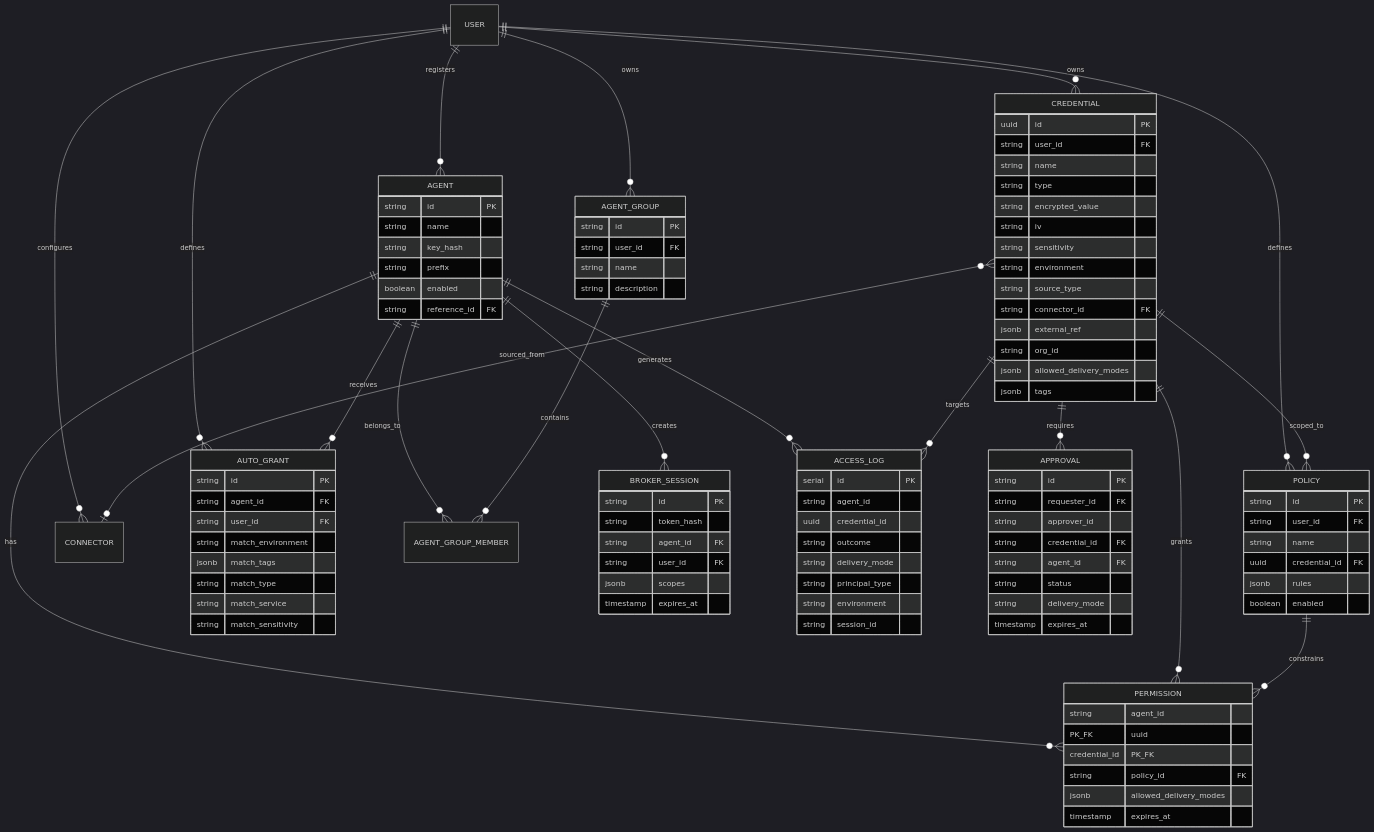
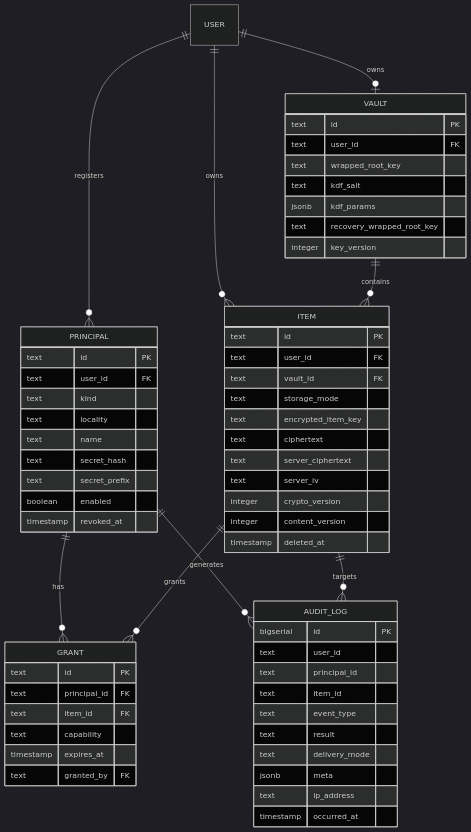
Before and after one commit to punitarani/abadge: the third of 9 diagrams in docs/ARCHITECTURE.md, drawn with Mermaid (dark theme). The commit also changed other lines of this file and 35 other files, not shown here.

````diff
--- a/docs/ARCHITECTURE.md
+++ b/docs/ARCHITECTURE.md
@@ -139,113 +186,69 @@
 ```mermaid
 erDiagram
-  USER ||--o{ CREDENTIAL : owns
-  USER ||--o{ AGENT : registers
-  USER ||--o{ POLICY : defines
-  USER ||--o{ CONNECTOR : configures
-  USER ||--o{ AUTO_GRANT : defines
-  USER ||--o{ AGENT_GROUP : owns
-  AGENT ||--o{ PERMISSION : has
-  AGENT ||--o{ AUTO_GRANT : receives
-  AGENT ||--o{ AGENT_GROUP_MEMBER : belongs_to
-  AGENT_GROUP ||--o{ AGENT_GROUP_MEMBER : contains
-  CREDENTIAL ||--o{ PERMISSION : grants
-  CREDENTIAL }o--o| CONNECTOR : sourced_from
-  POLICY ||--o{ PERMISSION : constrains
-  CREDENTIAL ||--o{ POLICY : scoped_to
-  AGENT ||--o{ BROKER_SESSION : creates
-  AGENT ||--o{ ACCESS_LOG : generates
-  CREDENTIAL ||--o{ ACCESS_LOG : targets
-  CREDENTIAL ||--o{ APPROVAL : requires
+  USER ||--o| VAULT : owns
+  USER ||--o{ ITEM : owns
+  USER ||--o{ PRINCIPAL : registers
+  VAULT ||--o{ ITEM : contains
+  PRINCIPAL ||--o{ GRANT : has
+  ITEM ||--o{ GRANT : grants
+  PRINCIPAL ||--o{ AUDIT_LOG : generates
+  ITEM ||--o{ AUDIT_LOG : targets
 
-  CREDENTIAL {
-    uuid id PK
-    string user_id FK
-    string name
-    string type
-    string encrypted_value
-    string iv
-    string sensitivity
-    string environment
-    string source_type
-    string connector_id FK
-    jsonb external_ref
-    string org_id
-    jsonb allowed_delivery_modes
-    jsonb tags
+  VAULT {
+    text id PK
+    text user_id FK
+    text wrapped_root_key
+    text kdf_salt
+    jsonb kdf_params
+    text recovery_wrapped_root_key
+    integer key_version
   }
 
-  AGENT {
-    string id PK
-    string name
-    string key_hash
-    string prefix
-    boolean enabled
-    string reference_id FK
+  ITEM {
+    text id PK
+    text user_id FK
+    text vault_id FK
+    text storage_mode
+    text encrypted_item_key
+    text ciphertext
+    text server_ciphertext
+    text server_iv
+    integer crypto_version
+    integer content_version
+    timestamp deleted_at
   }
 
-  PERMISSION {
-    string agent_id PK_FK
-    uuid credential_id PK_FK
-    string policy_id FK
-    jsonb allowed_delivery_modes
-    timestamp expires_at
+  PRINCIPAL {
+    text id PK
+    text user_id FK
+    text kind
+    text locality
+    text name
+    text secret_hash
+    text secret_prefix
+    boolean enabled
+    timestamp revoked_at
   }
 
-  POLICY {
-    string id PK
-    string user_id FK
-    string name
-    uuid credential_id FK
-    jsonb rules
-    boolean enabled
+  GRANT {
+    text id PK
+    text principal_id FK
+    text item_id FK
+    text capability
+    timestamp expires_at
+    text granted_by FK
   }
 
-  AUTO_GRANT {
-    string id PK
-    string agent_id FK
-    string user_id FK
-    string match_environment
-    jsonb match_tags
-    string match_type
-    string match_service
-    string match_sensitivity
-  }
-
-  AGENT_GROUP {
-    string id PK
-    string user_id FK
-    string name
-    string description
-  }
-
-  APPROVAL {
-    string id PK
-    string requester_id FK
-    string approver_id
-    string credential_id FK
-    string agent_id FK
-    string status
-    string delivery_mode
-    timestamp expires_at
-  }
-
-  BROKER_SESSION {
-    string id PK
-    string token_hash
-    string agent_id FK
-    string user_id FK
-    jsonb scopes
-    timestamp expires_at
-  }
-
-  ACCESS_LOG {
-    serial id PK
-    string agent_id
-    uuid credential_id
-    string outcome
-    string delivery_mode
-    string principal_type
-    string environment
-    string session_id
+  AUDIT_LOG {
+    bigserial id PK
+    text user_id
+    text principal_id
+    text item_id
+    text event_type
+    text result
+    text delivery_mode
+    jsonb meta
+    text ip_address
+    timestamp occurred_at
   }
 ```
````
